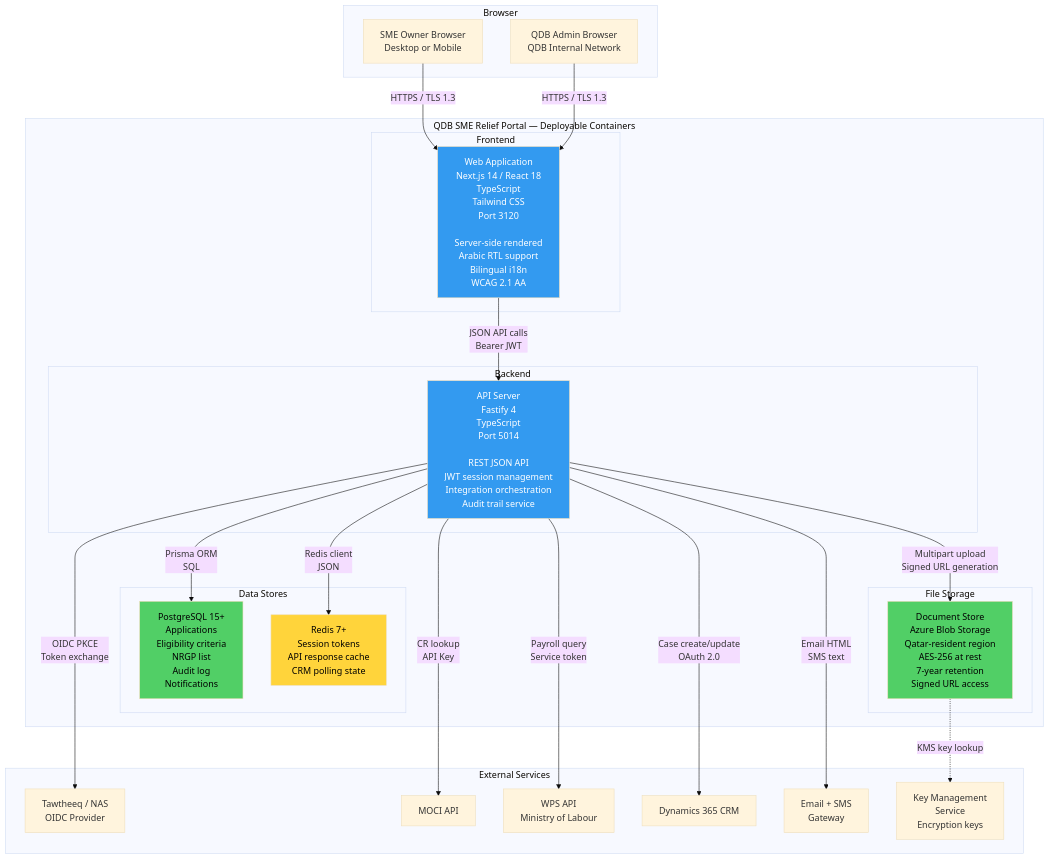
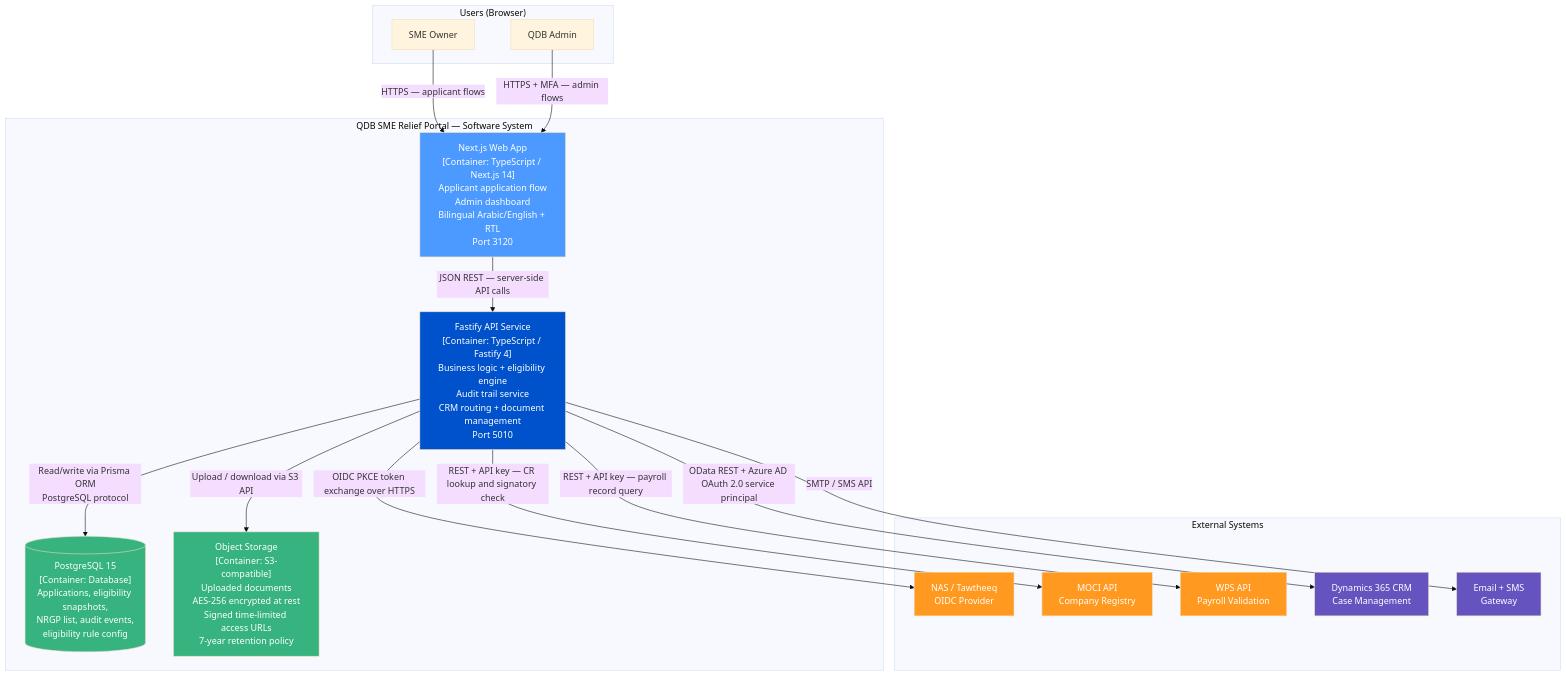
The second of 13 diagrams in products/qdb-sme-relief/docs/ARCHITECTURE.md (Tamoura/Claude-Code-creates-the-SW-company), drawn with Mermaid (base theme) before and after one commit. The commit also changed other lines of this file, not shown here.

First line of the commit message:
docs(qdb-sme-relief): add README and architecture documentation

````diff
--- a/products/qdb-sme-relief/docs/ARCHITECTURE.md
+++ b/products/qdb-sme-relief/docs/ARCHITECTURE.md
@@ -78,54 +110,49 @@
 ```mermaid
 graph TD
-    subgraph "Browser"
-        BROWSER["SME Owner Browser\nDesktop or Mobile"]
-        ADMIN_BROWSER["QDB Admin Browser\nQDB Internal Network"]
+    subgraph Users["Users (Browser)"]
+        SME["SME Owner"]
+        ADMIN["QDB Admin"]
     end
 
-    subgraph "QDB SME Relief Portal — Deployable Containers"
-        subgraph "Frontend"
-            WEB["Web Application\nNext.js 14 / React 18\nTypeScript\nTailwind CSS\nPort 3120\n\nServer-side rendered\nArabic RTL support\nBilingual i18n\nWCAG 2.1 AA"]
-        end
+    subgraph Portal["QDB SME Relief Portal — Software System"]
+        WEB["Next.js Web App<br/>[Container: TypeScript / Next.js 14]<br/>Applicant application flow<br/>Admin dashboard<br/>Bilingual Arabic/English + RTL<br/>Port 3120"]
 
-        subgraph "Backend"
-            API["API Server\nFastify 4\nTypeScript\nPort 5014\n\nREST JSON API\nJWT session management\nIntegration orchestration\nAudit trail service"]
-        end
+        API["Fastify API Service<br/>[Container: TypeScript / Fastify 4]<br/>Business logic + eligibility engine<br/>Audit trail service<br/>CRM routing + document management<br/>Port 5010"]
 
-        subgraph "Data Stores"
-            PG["PostgreSQL 15+\nApplications\nEligibility criteria\nNRGP list\nAudit log\nNotifications"]
-            REDIS["Redis 7+\nSession tokens\nAPI response cache\nCRM polling state"]
-        end
+        DB[("PostgreSQL 15<br/>[Container: Database]<br/>Applications, eligibility snapshots,<br/>NRGP list, audit events,<br/>eligibility rule config")]
 
-        subgraph "File Storage"
-            BLOB["Document Store\nAzure Blob Storage\nQatar-resident region\nAES-256 at rest\n7-year retention\nSigned URL access"]
-        end
+        STORE["Object Storage<br/>[Container: S3-compatible]<br/>Uploaded documents<br/>AES-256 encrypted at rest<br/>Signed time-limited access URLs<br/>7-year retention policy"]
     end
 
-    subgraph "External Services"
-        NAS["Tawtheeq / NAS\nOIDC Provider"]
-        MOCI["MOCI API"]
-        WPS["WPS API\nMinistry of Labour"]
-        CRM["Dynamics 365 CRM"]
-        NOTIFY["Email + SMS\nGateway"]
-        KMS["Key Management\nService\nEncryption keys"]
+    subgraph External["External Systems"]
+        NAS["NAS / Tawtheeq<br/>OIDC Provider"]
+        MOCI["MOCI API<br/>Company Registry"]
+        WPS["WPS API<br/>Payroll Validation"]
+        CRM["Dynamics 365 CRM<br/>Case Management"]
+        NOTIF["Email + SMS<br/>Gateway"]
     end
 
-    BROWSER -->|"HTTPS / TLS 1.3"| WEB
-    ADMIN_BROWSER -->|"HTTPS / TLS 1.3"| WEB
-    WEB -->|"JSON API calls\nBearer JWT"| API
-    API -->|"Prisma ORM\nSQL"| PG
-    API -->|"Redis client\nJSON"| REDIS
-    API -->|"Multipart upload\nSigned URL generation"| BLOB
-    BLOB -.->|"KMS key lookup"| KMS
-    API -->|"OIDC PKCE\nToken exchange"| NAS
-    API -->|"CR lookup\nAPI Key"| MOCI
-    API -->|"Payroll query\nService token"| WPS
-    API -->|"Case create/update\nOAuth 2.0"| CRM
-    API -->|"Email HTML\nSMS text"| NOTIFY
+    SME -->|"HTTPS — applicant flows"| WEB
+    ADMIN -->|"HTTPS + MFA — admin flows"| WEB
 
-    style WEB fill:#339af0,color:#fff
-    style API fill:#339af0,color:#fff
-    style PG fill:#51cf66,color:#000
-    style REDIS fill:#ffd43b,color:#000
-    style BLOB fill:#51cf66,color:#000
+    WEB -->|"JSON REST — server-side API calls"| API
+
+    API -->|"Read/write via Prisma ORM<br/>PostgreSQL protocol"| DB
+    API -->|"Upload / download via S3 API"| STORE
+
+    API -->|"OIDC PKCE token exchange over HTTPS"| NAS
+    API -->|"REST + API key — CR lookup and signatory check"| MOCI
+    API -->|"REST + API key — payroll record query"| WPS
+    API -->|"OData REST + Azure AD OAuth 2.0 service principal"| CRM
+    API -->|"SMTP / SMS API"| NOTIF
+
+    style WEB fill:#4c9aff,color:#fff
+    style API fill:#0052cc,color:#fff
+    style DB fill:#36b37e,color:#fff
+    style STORE fill:#36b37e,color:#fff
+    style NAS fill:#ff991f,color:#fff
+    style MOCI fill:#ff991f,color:#fff
+    style WPS fill:#ff991f,color:#fff
+    style CRM fill:#6554c0,color:#fff
+    style NOTIF fill:#6554c0,color:#fff
 ```
````
